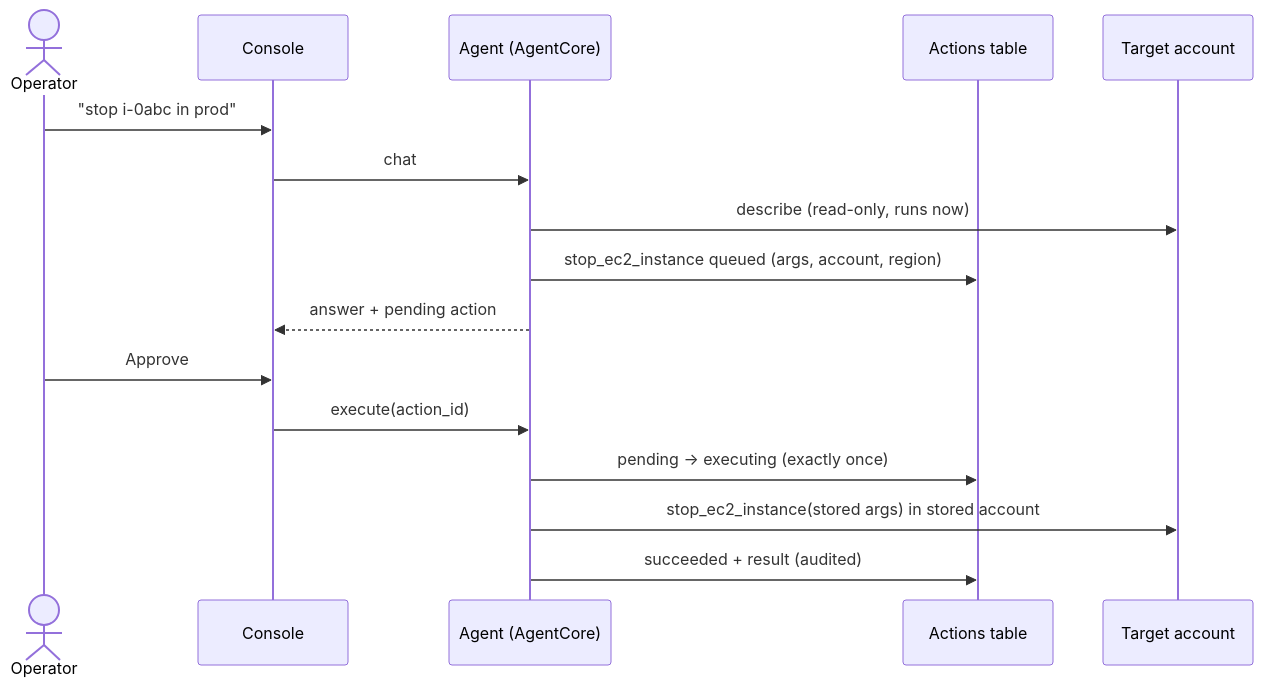
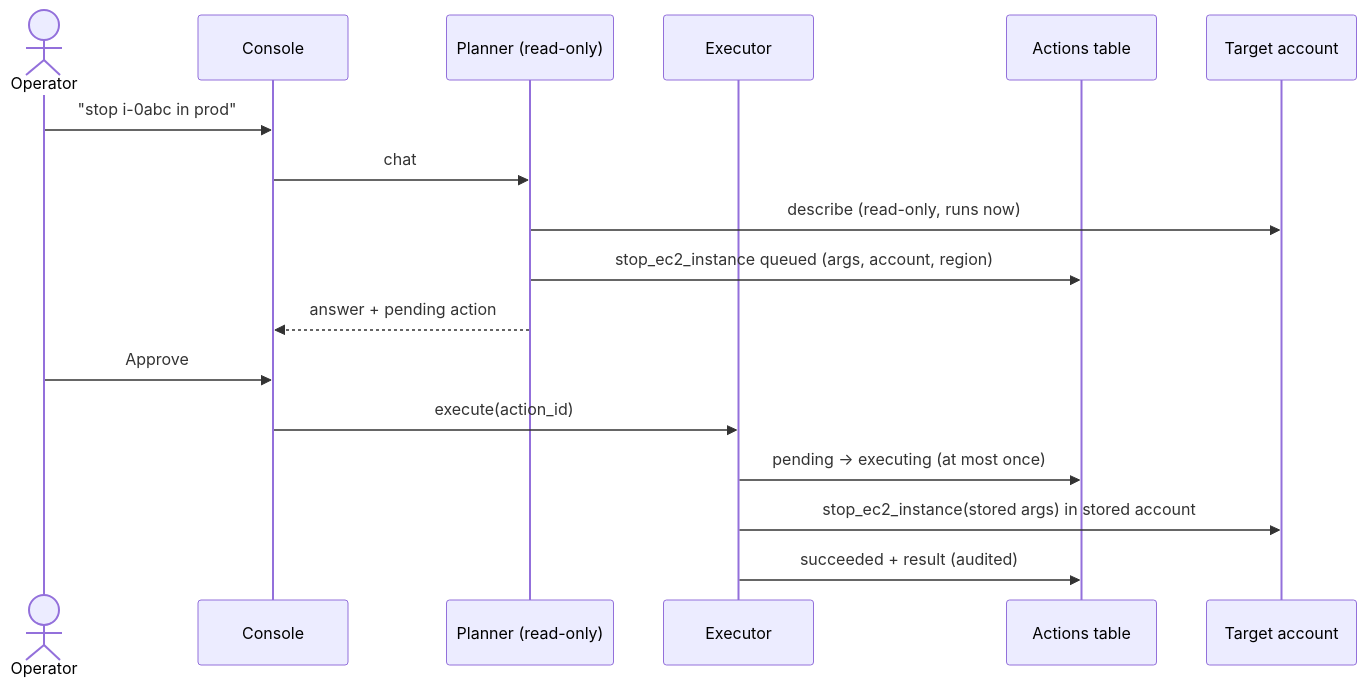
One commit to desai-sys/autonomous-support-desk changed the diagram in docs/BLOG.md. Above: the diagram before and after it, drawn with Mermaid. The commit also changed other lines of this file and 8 other files, not shown here.

First line of the commit message:
Update the docs and diagram to the hardened design, and state what is unproven

````diff
--- a/docs/BLOG.md
+++ b/docs/BLOG.md
@@ -155,18 +165,19 @@
 ```mermaid
 sequenceDiagram
     actor Op as Operator
     participant C as Console
-    participant A as Agent (AgentCore)
+    participant A as Planner (read-only)
+    participant X as Executor
     participant D as Actions table
     participant T as Target account
     Op->>C: "stop i-0abc in prod"
     C->>A: chat
     A->>T: describe (read-only, runs now)
     A->>D: stop_ec2_instance queued (args, account, region)
     A-->>C: answer + pending action
     Op->>C: Approve
-    C->>A: execute(action_id)
-    A->>D: pending → executing (exactly once)
-    A->>T: stop_ec2_instance(stored args) in stored account
-    A->>D: succeeded + result (audited)
+    C->>X: execute(action_id)
+    X->>D: pending → executing (at most once)
+    X->>T: stop_ec2_instance(stored args) in stored account
+    X->>D: succeeded + result (audited)
 ```
````
